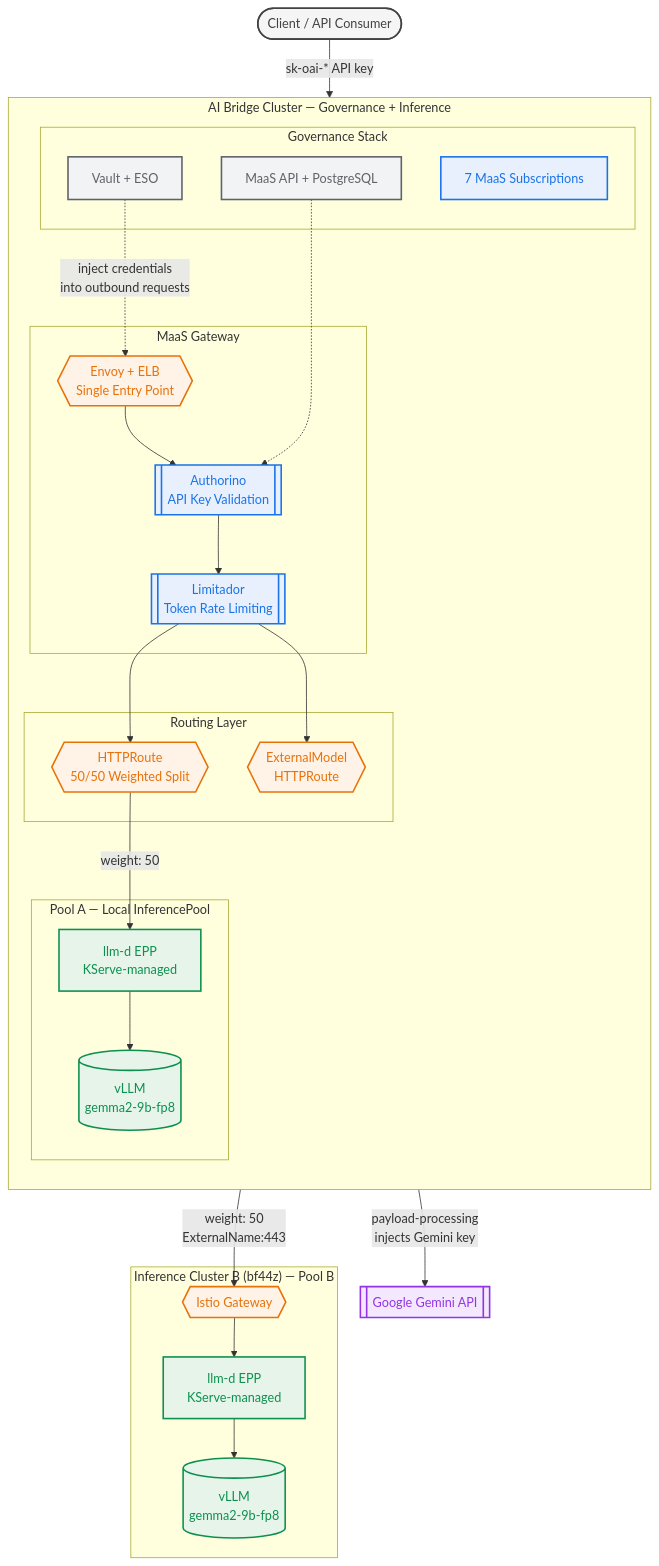
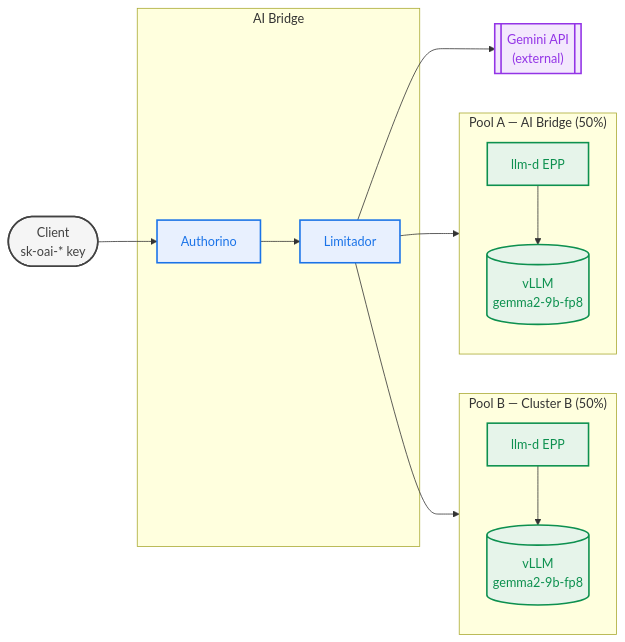
Before and after one commit to rrbanda/maas-demo: the first of 3 diagrams in docs/customer2-demo-narrative.md, drawn with Mermaid. The commit also changed other lines of this file, not shown here.

Commit message:
Simplify architecture diagram to clean left-to-right flow

````diff
--- a/docs/customer2-demo-narrative.md
+++ b/docs/customer2-demo-narrative.md
@@ -121,60 +121,35 @@
 ```mermaid
-flowchart TB
-    Client(["Client / API Consumer"]):::client
+flowchart LR
+    Client(["Client<br/>sk-oai-* key"]):::client
 
-    subgraph bridge ["AI Bridge Cluster — Governance + Inference"]
-        direction TB
-
-        subgraph gateway ["MaaS Gateway"]
-            GW{{"Envoy + ELB<br/>Single Entry Point"}}:::routing
-            Auth[["Authorino<br/>API Key Validation"]]:::governance
-            Lim[["Limitador<br/>Token Rate Limiting"]]:::governance
-        end
-
-        subgraph routing ["Routing Layer"]
-            HTTPRoute{{"HTTPRoute<br/>50/50 Weighted Split"}}:::routing
-            ExRoute{{"ExternalModel<br/>HTTPRoute"}}:::routing
-        end
-
-        subgraph localPool ["Pool A — Local InferencePool"]
-            EPP_local["llm-d EPP<br/>KServe-managed"]:::inference
-            vLLM_local[("vLLM<br/>gemma2-9b-fp8")]:::inference
-            EPP_local --> vLLM_local
-        end
-
-        subgraph govStack ["Governance Stack"]
-            MaaSAPI["MaaS API + PostgreSQL"]:::infra
-            Vault["Vault + ESO"]:::infra
-            Subs["7 MaaS Subscriptions"]:::governance
-        end
-
-        GW --> Auth
+    subgraph bridge ["AI Bridge"]
+        Auth["Authorino"]:::governance
+        Lim["Limitador"]:::governance
         Auth --> Lim
-        Lim --> HTTPRoute
-        Lim --> ExRoute
-        HTTPRoute -->|"weight: 50"| EPP_local
-        MaaSAPI -.-> Auth
-        Vault -.->|"inject credentials<br/>into outbound requests"| GW
     end
 
-    subgraph clusterB ["Inference Cluster B (bf44z) — Pool B"]
-        GW_B{{"Istio Gateway"}}:::routing
-        EPP_B["llm-d EPP<br/>KServe-managed"]:::inference
-        vLLM_B[("vLLM<br/>gemma2-9b-fp8")]:::inference
-        GW_B --> EPP_B
-        EPP_B --> vLLM_B
+    Lim --> PoolA
+    Lim --> PoolB
+    Lim --> Gemini
+
+    subgraph PoolA ["Pool A — AI Bridge (50%)"]
+        EPP1["llm-d EPP"]:::inference
+        vLLM1[("vLLM<br/>gemma2-9b-fp8")]:::inference
+        EPP1 --> vLLM1
     end
 
-    Gemini[["Google Gemini API"]]:::external
+    subgraph PoolB ["Pool B — Cluster B (50%)"]
+        EPP2["llm-d EPP"]:::inference
+        vLLM2[("vLLM<br/>gemma2-9b-fp8")]:::inference
+        EPP2 --> vLLM2
+    end
 
-    Client -->|"sk-oai-* API key"| GW
-    HTTPRoute -->|"weight: 50<br/>ExternalName:443"| GW_B
-    ExRoute -->|"payload-processing<br/>injects Gemini key"| Gemini
+    Gemini[["Gemini API<br/>(external)"]]:::external
+
+    Client --> Auth
 
     classDef client fill:#f5f5f5,stroke:#424242,stroke-width:2px,color:#424242
     classDef governance fill:#e8f0fe,stroke:#1a73e8,stroke-width:2px,color:#1a73e8
-    classDef routing fill:#fef3e6,stroke:#e8710a,stroke-width:2px,color:#e8710a
     classDef inference fill:#e6f4ea,stroke:#0d904f,stroke-width:2px,color:#0d904f
     classDef external fill:#f3e8fd,stroke:#9334e6,stroke-width:2px,color:#9334e6
-    classDef infra fill:#f1f3f4,stroke:#5f6368,stroke-width:2px,color:#5f6368
 ```
````
